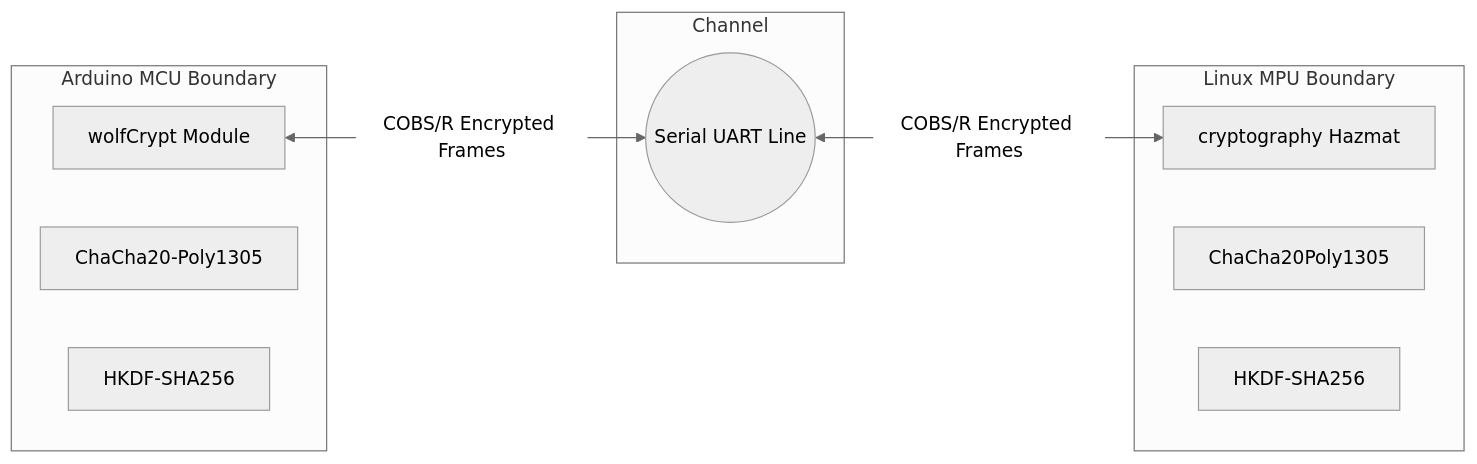
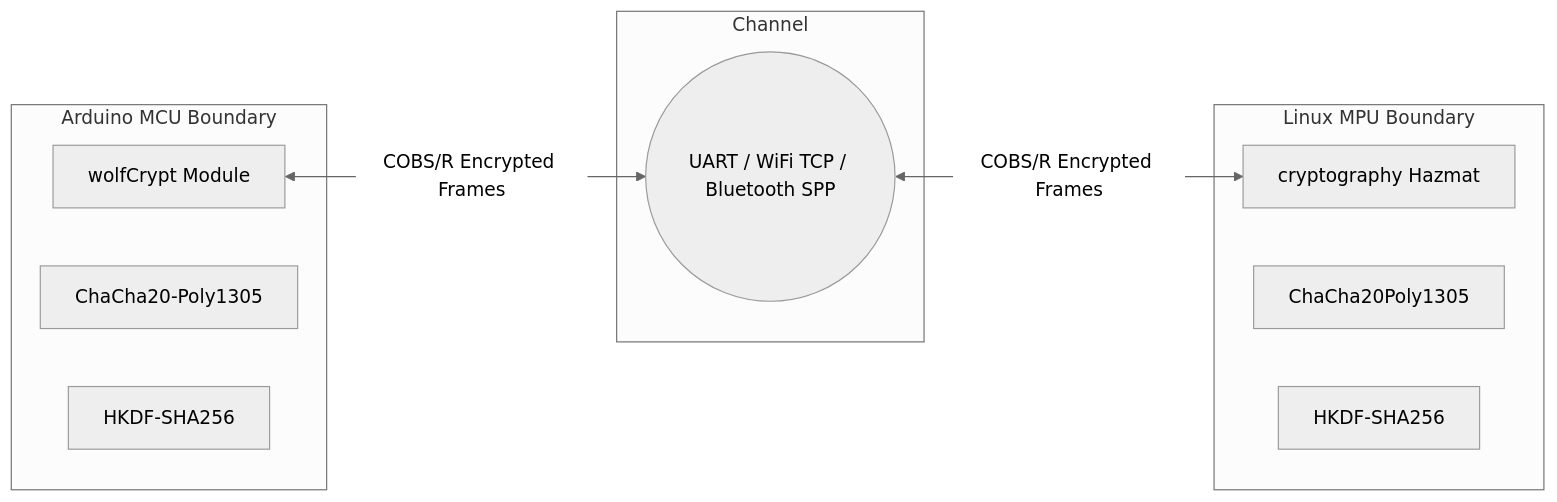
Before and after one commit to isantolin/arduino-yun-bridge2: the diagram in docs/security/FIPS140_3_SECURITY_POLICY.md, drawn with Mermaid (neutral theme). The commit also changed other lines of this file and 9 other files, not shown here.

First line of the commit message:
docs: update all architecture, protocol, safety, and security manuals across ecosystem

````diff
--- a/docs/security/FIPS140_3_SECURITY_POLICY.md
+++ b/docs/security/FIPS140_3_SECURITY_POLICY.md
@@ -13,21 +13,21 @@
 ```mermaid
 graph LR
     subgraph Arduino MCU Boundary
         A[wolfCrypt Module]
         B[ChaCha20-Poly1305]
         C[HKDF-SHA256]
     end
 
     subgraph Channel
-        UART((Serial UART Line))
+        UART((UART / WiFi TCP / Bluetooth SPP))
     end
 
     subgraph Linux MPU Boundary
         D[cryptography Hazmat]
         E[ChaCha20Poly1305]
         F[HKDF-SHA256]
     end
 
     A <-->|COBS/R Encrypted Frames| UART
     UART <-->|COBS/R Encrypted Frames| D
 ```
````
